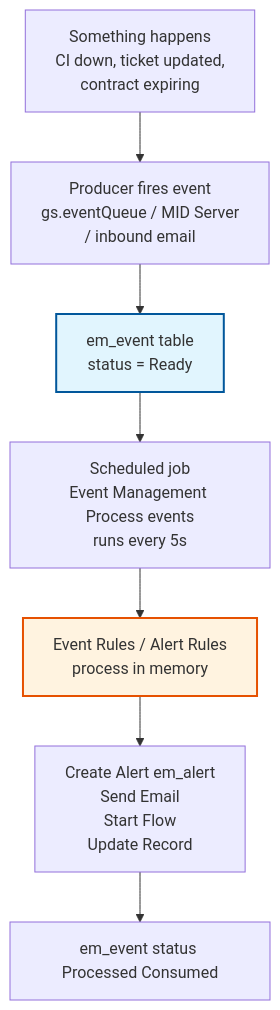
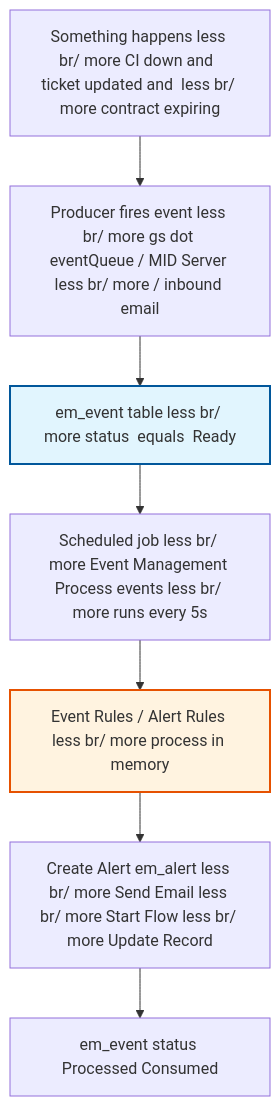
Before and after one commit to eltonaguiar/ServiceNow_Learning_TSOM-_CSM_FSM_SalesCRM_HAM_ITSM: the diagram in docs/modules/events/events-guide.md, drawn with Mermaid. The commit also changed 19 other files, not shown here.

Commit message:
Fix all Mermaid diagram special characters - replace dollar, parens, slashes, quotes, pipes, nested brackets and other unsafe chars inside brackets with safe alternatives across 19 files

````diff
--- a/docs/modules/events/events-guide.md
+++ b/docs/modules/events/events-guide.md
@@ -333,11 +333,11 @@
 ```mermaid
 graph TD
-    A[Something happens<br/>CI down, ticket updated,<br/>contract expiring] --> B[Producer fires event<br/>gs.eventQueue / MID Server<br/>/ inbound email]
-    B --> C[em_event table<br/>status = Ready]
-    C --> D[Scheduled job<br/>Event Management Process events<br/>runs every 5s]
-    D --> E[Event Rules / Alert Rules<br/>process in memory]
-    E --> F[Create Alert em_alert<br/>Send Email<br/>Start Flow<br/>Update Record]
+    A[Something happens less br/ more CI down and  ticket updated and  less br/ more contract expiring] --> B[Producer fires event less br/ more gs dot eventQueue / MID Server less br/ more / inbound email]
+    B --> C[em_event table less br/ more status  equals  Ready]
+    C --> D[Scheduled job less br/ more Event Management Process events less br/ more runs every 5s]
+    D --> E[Event Rules / Alert Rules less br/ more process in memory]
+    E --> F[Create Alert em_alert less br/ more Send Email less br/ more Start Flow less br/ more Update Record]
     F --> G[em_event status Processed Consumed]
     style C fill:#e1f5fe,stroke:#01579b,stroke-width:2px
     style E fill:#fff3e0,stroke:#e65100,stroke-width:2px
 ```
````
